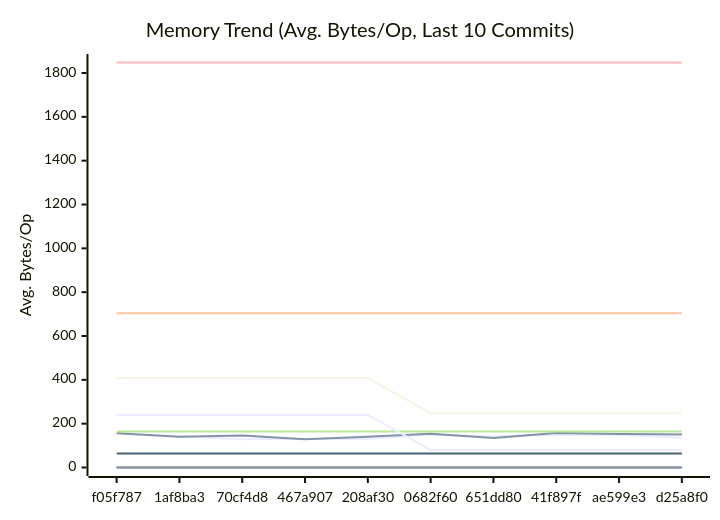
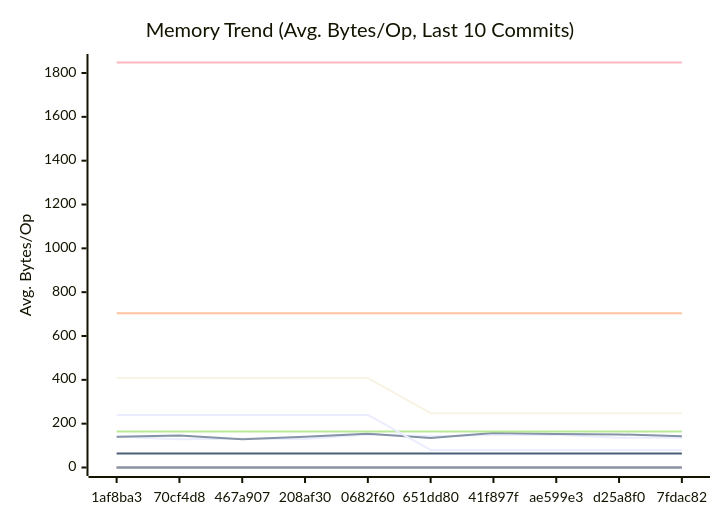
One commit to alsotoes/momo changed the second of 3 diagrams in docs/PERFORMANCE.md. Above: the diagram before and after it, drawn with Mermaid. The commit also changed other lines of this file and 3 other files, not shown here.

````diff
--- a/docs/PERFORMANCE.md
+++ b/docs/PERFORMANCE.md
@@ -171,20 +171,20 @@
 ```mermaid
 xychart-beta
     title "Memory Trend (Avg. Bytes/Op, Last 10 Commits)"
     x-axis "Commit"
     y-axis "Avg. Bytes/Op"
-    x-axis [f05f787,1af8ba3,70cf4d8,467a907,208af30,0682f60,651dd80,41f897f,ae599e3,d25a8f0]
-    line "AWSChunkedReaderSigned" [154,141,129,131,130,150,143,148,149,136]
-    line "AWSChunkedReaderUnsigned" [157,140,146,129,140,154,135,157,153,151]
+    x-axis [1af8ba3,70cf4d8,467a907,208af30,0682f60,651dd80,41f897f,ae599e3,d25a8f0,7fdac82]
+    line "AWSChunkedReaderSigned" [141,129,131,130,150,143,148,149,136,137]
+    line "AWSChunkedReaderUnsigned" [140,146,129,140,154,135,157,153,151,143]
     line "CheckMetricsAndSwap" [0,0,0,0,0,0,0,0,0,0]
     line "CrushOptimized" [0,0,0,0,0,0,0,0,0,0]
     line "CrushOriginal" [164,164,164,164,164,164,164,164,164,164]
     line "IndexDirectTracking" [0,0,0,0,0,0,0,0,0,0]
     line "IndexSearch" [0,0,0,0,0,0,0,0,0,0]
     line "LoadGlobalConfig" [1848,1848,1848,1848,1848,1848,1848,1848,1848,1848]
     line "PadString" [64,64,64,64,64,64,64,64,64,64]
     line "ParseReplicationOrder_NoPrealloc" [408,408,408,408,408,248,248,248,248,248]
     line "ParseReplicationOrder_Prealloc" [240,240,240,240,240,80,80,80,80,80]
     line "SanitizeLog/Safe" [0,0,0,0,0,0,0,0,0,0]
     line "SanitizeLog/Unsafe" [704,704,704,704,704,704,704,704,704,704]
 ```
````
